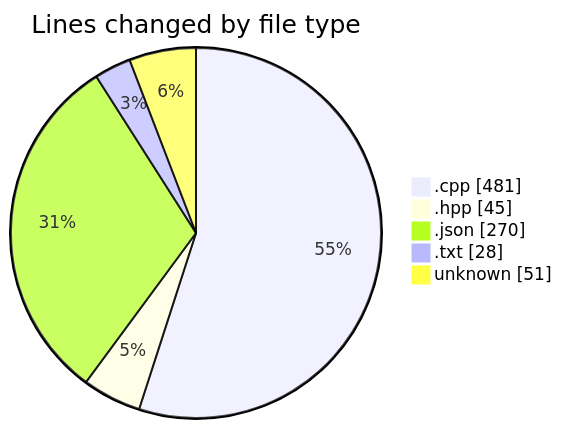
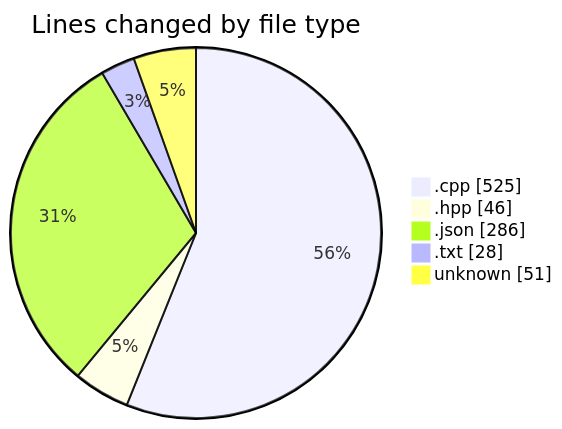
Before and after one commit to Netris89/code-tracking: the first of 2 diagrams in 2025-04-06/echo/README.md, drawn with Mermaid. The commit also changed other lines of this file and 1 other file, not shown here.

````diff
--- a/2025-04-06/echo/README.md
+++ b/2025-04-06/echo/README.md
@@ -25,9 +26,9 @@
 ```mermaid
 pie showData
 title Lines changed by file type
-".cpp" : 481
-".hpp" : 45
-".json" : 270
+".cpp" : 525
+".hpp" : 46
+".json" : 286
 ".txt" : 28
 "unknown" : 51
 ```
````
